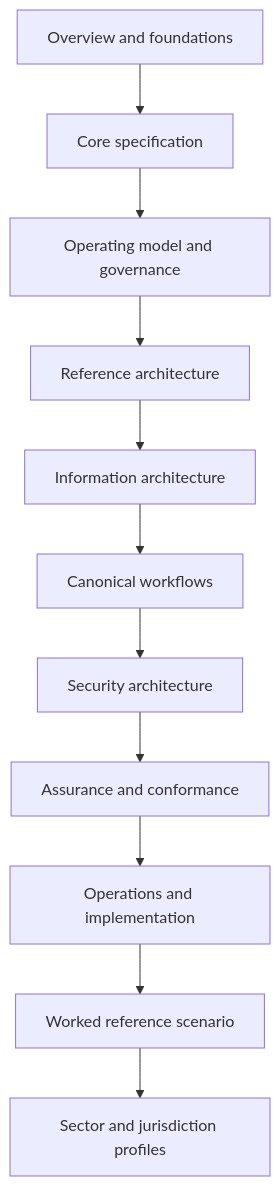
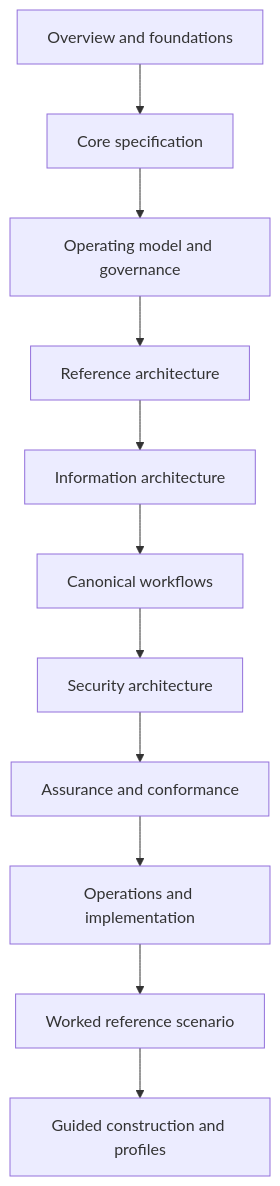
The diagram in docs/documentation/reading-order.md (sankarshanmukhopadhyay/open-national-digital-trust-framework), drawn with Mermaid before and after one commit. The commit also changed other lines of this file and 41 other files, not shown here.

First line of the commit message:
feat: add guided framework construction and governed profiles

````diff
--- a/docs/documentation/reading-order.md
+++ b/docs/documentation/reading-order.md
@@ -26,13 +26,13 @@
 ```mermaid
 flowchart TD
   O[Overview and foundations] --> C[Core specification]
   C --> G[Operating model and governance]
   G --> A[Reference architecture]
   A --> I[Information architecture]
   I --> W[Canonical workflows]
   W --> S[Security architecture]
   S --> Q[Assurance and conformance]
   Q --> OP[Operations and implementation]
   OP --> R[Worked reference scenario]
-  R --> P[Sector and jurisdiction profiles]
+  R --> P[Guided construction and profiles]
 ```
````
